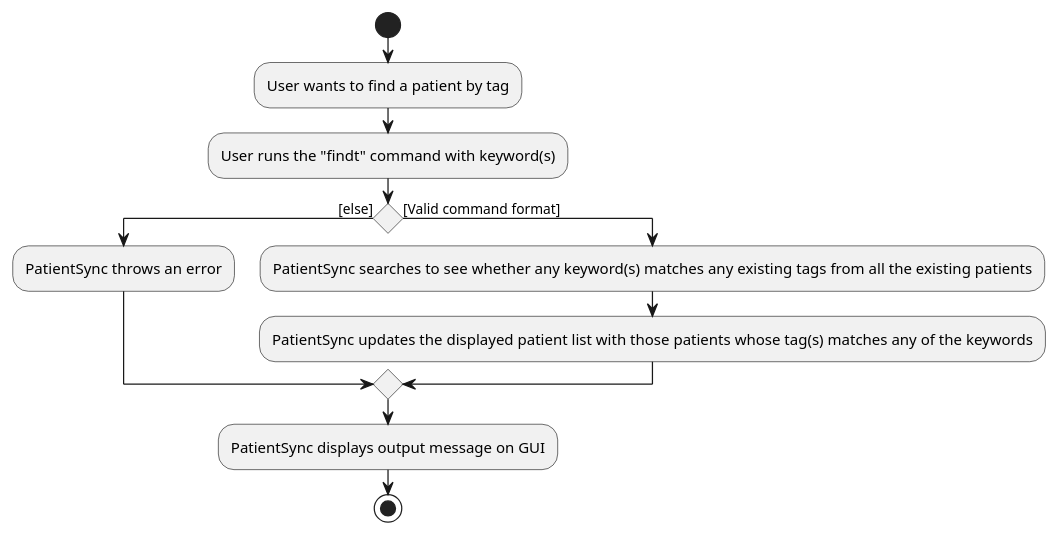
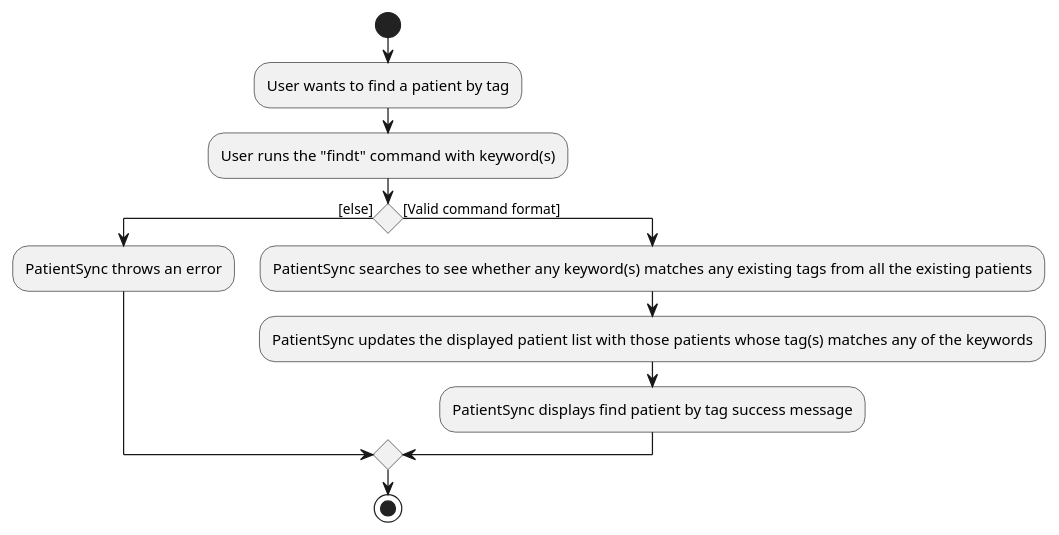
One commit to NeoHW/tp changed the diagram in docs/diagrams/FindTagsActivityDiagram.puml. Above: the diagram before and after it, drawn with PlantUML. The commit also changed 3 other files, not shown here.

Commit message:
Update Activity Diagrams

```diff
--- a/docs/diagrams/FindTagsActivityDiagram.puml
+++ b/docs/diagrams/FindTagsActivityDiagram.puml
@@ -1,13 +1,13 @@
 @startuml
 start
 :User wants to find a patient by tag;
 :User runs the "findt" command with keyword(s);
 if () then ([else])
     :PatientSync throws an error;
 else ([Valid command format])
     :PatientSync searches to see whether any keyword(s) matches any existing tags from all the existing patients;
     :PatientSync updates the displayed patient list with those patients whose tag(s) matches any of the keywords;
+    :PatientSync displays find patient by tag success message;
 endif
-:PatientSync displays output message on GUI;
 stop
 @enduml
```
